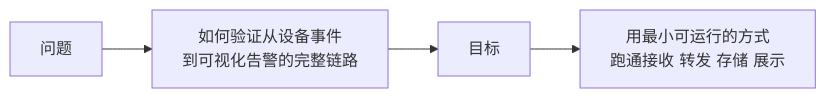
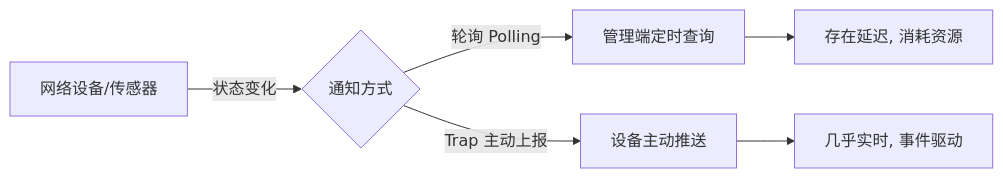
Before and after one commit to seki999/DialogueFlow_GitHub_OnLine: the diagram in slides/snmp-trap-demo-course/01.md, drawn with Mermaid. The commit also changed other lines of this file and 56 other files, not shown here.

````diff
--- a/slides/snmp-trap-demo-course/01.md
+++ b/slides/snmp-trap-demo-course/01.md
@@ -5,6 +5,8 @@
 ```mermaid
 flowchart LR
-    P[问题] --> Q[如何验证从设备事件<br/>到可视化告警的完整链路]
-    Q --> R[目标]
-    R --> S[用最小可运行的方式<br/>跑通接收 转发 存储 展示]
+    D[网络设备/传感器] -->|状态变化| Q{通知方式}
+    Q -->|轮询 Polling| P[管理端定时查询]
+    Q -->|Trap 主动上报| T[设备主动推送]
+    P --> Delay[存在延迟, 消耗资源]
+    T --> Fast[几乎实时, 事件驱动]
 ```
````
